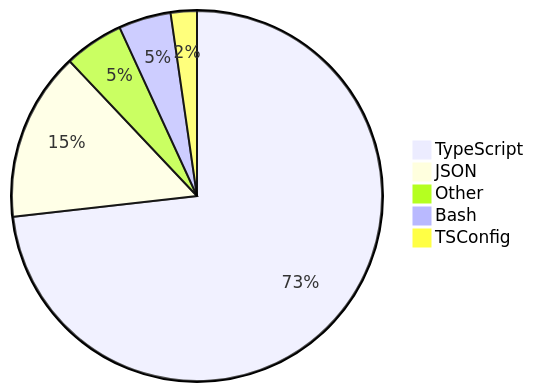
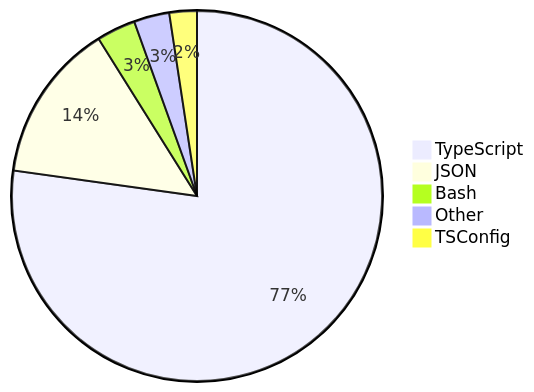
Before and after one commit to skvggor/skvggor: the diagram in README.md, drawn with Mermaid.

Commit message:
Updated waka-readme graph with new metrics

````diff
--- a/README.md
+++ b/README.md
@@ -39,8 +39,8 @@
 ```mermaid
 pie
-    "TypeScript" : 70.5
-    "JSON" : 14.2
-    "Other" : 5.0
-    "Bash" : 4.4
-    "TSConfig" : 2.2
+    "TypeScript" : 77.2
+    "JSON" : 13.9
+    "Bash" : 3.4
+    "Other" : 3.1
+    "TSConfig" : 2.4
 ```
````
